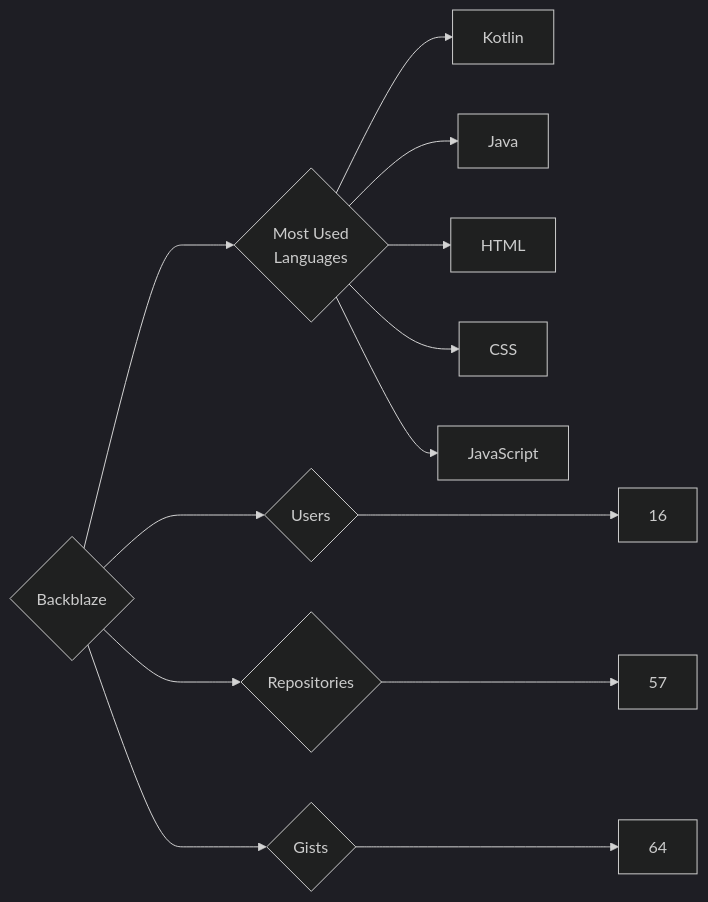
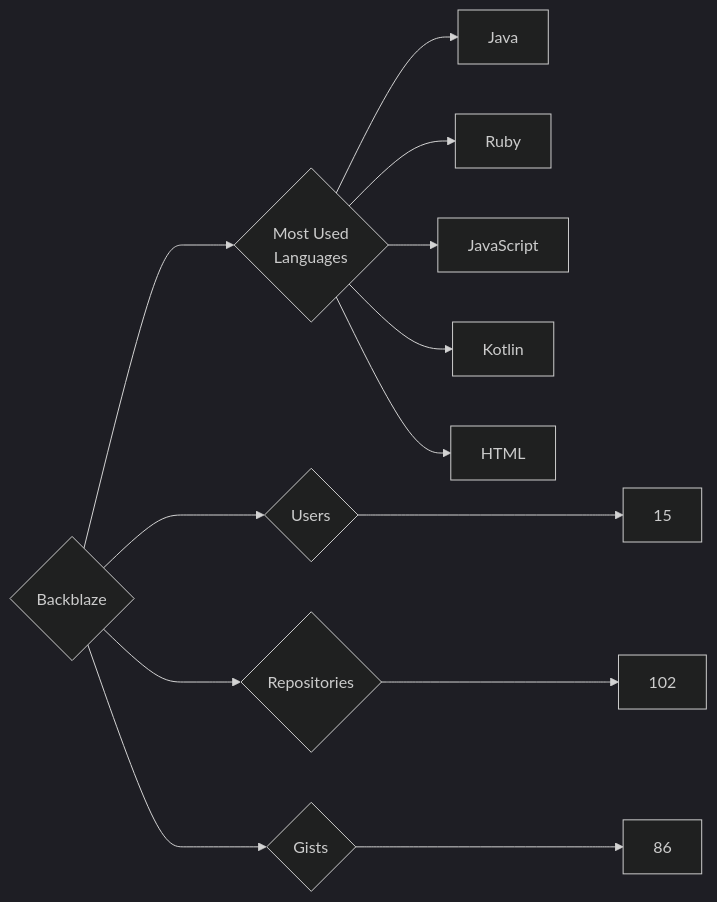
One commit to trickest/insiders changed the diagram in targets/Backblaze/README.md. Above: the diagram before and after it, drawn with Mermaid (dark theme). The commit also changed 823 other files, not shown here.

````diff
--- a/targets/Backblaze/README.md
+++ b/targets/Backblaze/README.md
@@ -3,13 +3,13 @@
 ```mermaid
 graph LR
 COMPANY_NAME{Backblaze}
-COMPANY_NAME ---> U{Users} ---> UN[16]
-COMPANY_NAME ---> R{Repositories} ---> RN[57]
-COMPANY_NAME ---> G{Gists} ---> GN[64]
+COMPANY_NAME ---> U{Users} ---> UN[15]
+COMPANY_NAME ---> R{Repositories} ---> RN[102]
+COMPANY_NAME ---> G{Gists} ---> GN[86]
 COMPANY_NAME ---> ML{Most Used<br>Languages}
+ML --> Java[Java]
+ML --> Ruby[Ruby]
+ML --> JavaScript[JavaScript]
 ML --> Kotlin[Kotlin]
-ML --> Java[Java]
 ML --> HTML[HTML]
-ML --> CSS[CSS]
-ML --> JavaScript[JavaScript]
 ```
````
